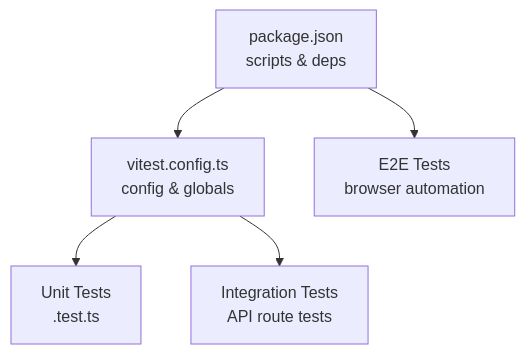
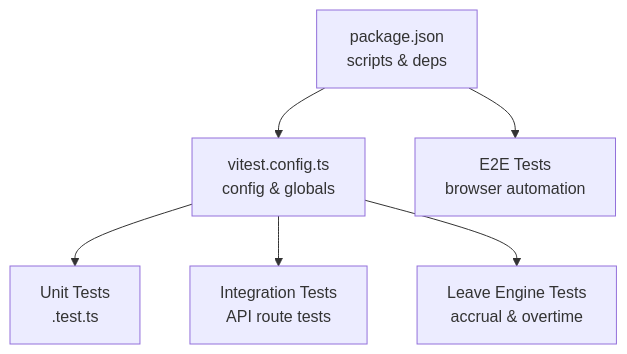
The sixth of 6 diagrams in .qoder/repowiki/en/content/Testing Guide/Testing Guide.md (EdwinCycling/LiquidHR), drawn with Mermaid before and after one commit. The commit also changed other lines of this file and 120 other files, not shown here.

````diff
--- a/.qoder/repowiki/en/content/Testing Guide/Testing Guide.md
+++ b/.qoder/repowiki/en/content/Testing Guide/Testing Guide.md
@@ -258,12 +291,14 @@
 ```mermaid
 graph TB
 Pkg["package.json<br/>scripts & deps"]
 Vit["vitest.config.ts<br/>config & globals"]
 UT["Unit Tests<br/>.test.ts"]
 IT["Integration Tests<br/>API route tests"]
 E2E["E2E Tests<br/>browser automation"]
+LE["Leave Engine Tests<br/>accrual & overtime"]
 Pkg --> Vit
 Vit --> UT
 Vit --> IT
 Pkg --> E2E
+Vit --> LE
 ```
````
